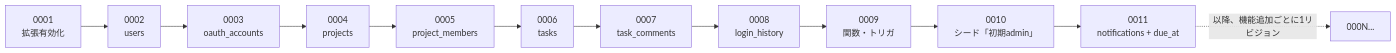
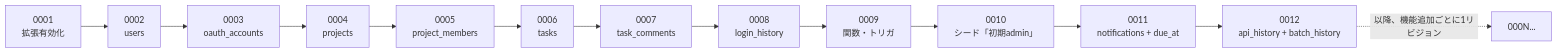
One commit to oikawa-d/task_management changed the first of 4 diagrams in detailed_design/database/09_migration.md. Above: the diagram before and after it, drawn with Mermaid. The commit also changed other lines of this file and 21 other files, not shown here.

````diff
--- a/detailed_design/database/09_migration.md
+++ b/detailed_design/database/09_migration.md
@@ -49,14 +51,15 @@
 ```mermaid
 flowchart LR
     R1["0001<br/>拡張有効化"] --> R2["0002<br/>users"]
     R2 --> R3["0003<br/>oauth_accounts"]
     R3 --> R4["0004<br/>projects"]
     R4 --> R5["0005<br/>project_members"]
     R5 --> R6["0006<br/>tasks"]
     R6 --> R7["0007<br/>task_comments"]
     R7 --> R8["0008<br/>login_history"]
     R8 --> R9["0009<br/>関数・トリガ"]
     R9 --> R10["0010<br/>シード「初期admin」"]
     R10 --> R11["0011<br/>notifications + due_at"]
-    R11 -.->|"以降、機能追加ごとに1リビジョン"| RN["000N..."]
+    R11 --> R12["0012<br/>api_history + batch_history"]
+    R12 -.->|"以降、機能追加ごとに1リビジョン"| RN["000N..."]
 ```
````
